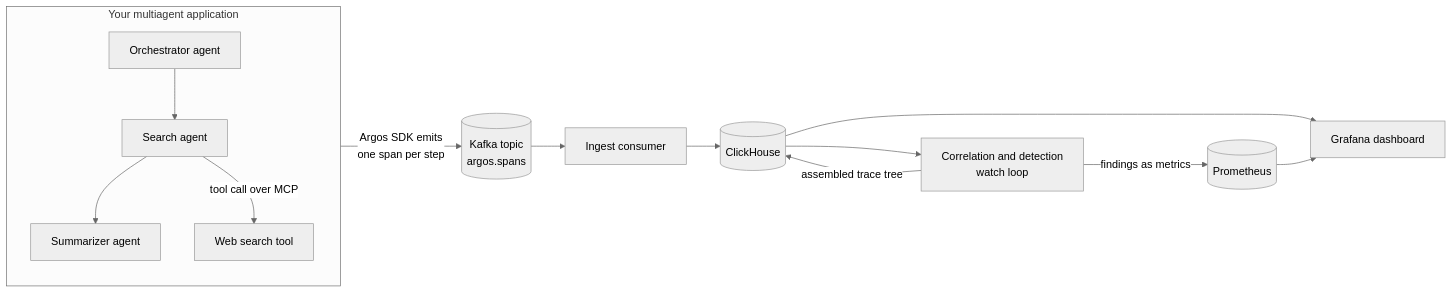
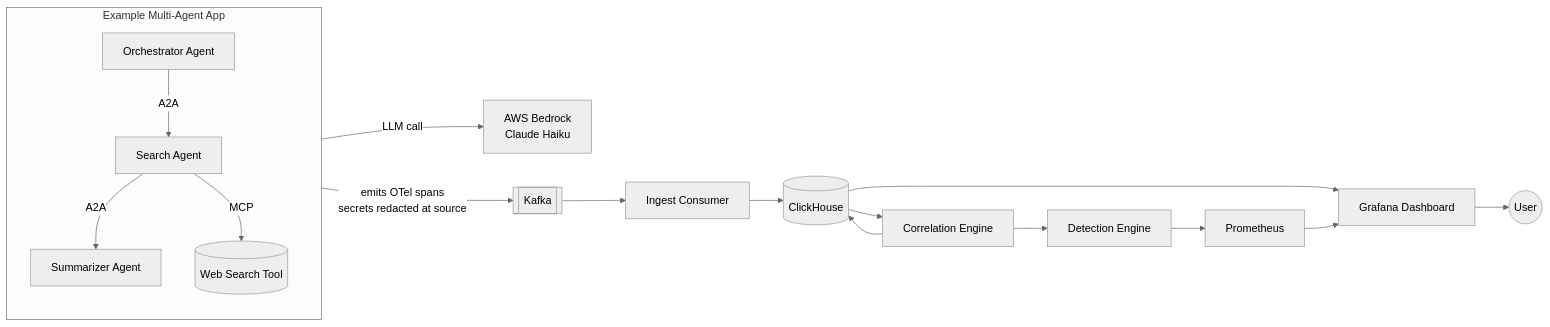
One commit to vallabh-13/Argos changed the diagram in README.md. Above: the diagram before and after it, drawn with Mermaid (neutral theme). The commit also changed other lines of this file, not shown here.

````diff
--- a/README.md
+++ b/README.md
@@ -61,18 +67,19 @@
 ```mermaid
 flowchart LR
-    subgraph app["Your multiagent application"]
-        direction TB
-        o[Orchestrator agent] --> s[Search agent]
-        s --> sum[Summarizer agent]
-        s -->|tool call over MCP| tool[Web search tool]
+    subgraph APP["Example Multi-Agent App"]
+        O[Orchestrator Agent] -->|A2A| S[Search Agent]
+        S -->|A2A| Z[Summarizer Agent]
+        S -->|MCP| T[(Web Search Tool)]
     end
-
-    app -->|Argos SDK emits<br/>one span per step| kafka[(Kafka topic<br/>argos.spans)]
-    kafka --> consumer[Ingest consumer]
-    consumer --> ch[(ClickHouse)]
-    ch --> watch[Correlation and detection<br/>watch loop]
-    watch -->|assembled trace tree| ch
-    watch -->|findings as metrics| prom[(Prometheus)]
-    ch --> grafana[Grafana dashboard]
-    prom --> grafana
+    APP -->|LLM call| BR[AWS Bedrock<br/>Claude Haiku]
+    APP -->|emits OTel spans<br/>secrets redacted at source| K[[Kafka]]
+    K --> C[Ingest Consumer]
+    C --> CH[(ClickHouse)]
+    CH --> COR[Correlation Engine]
+    COR --> CH
+    COR --> DET[Detection Engine]
+    DET --> P[Prometheus]
+    CH --> G[Grafana Dashboard]
+    P --> G
+    G --> U((User))
 ```
````
